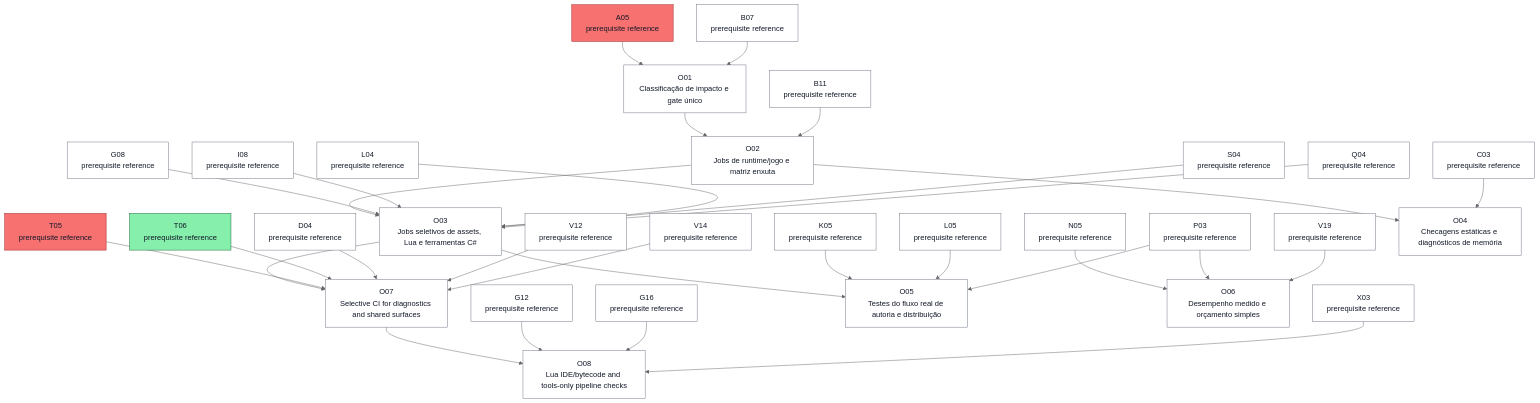
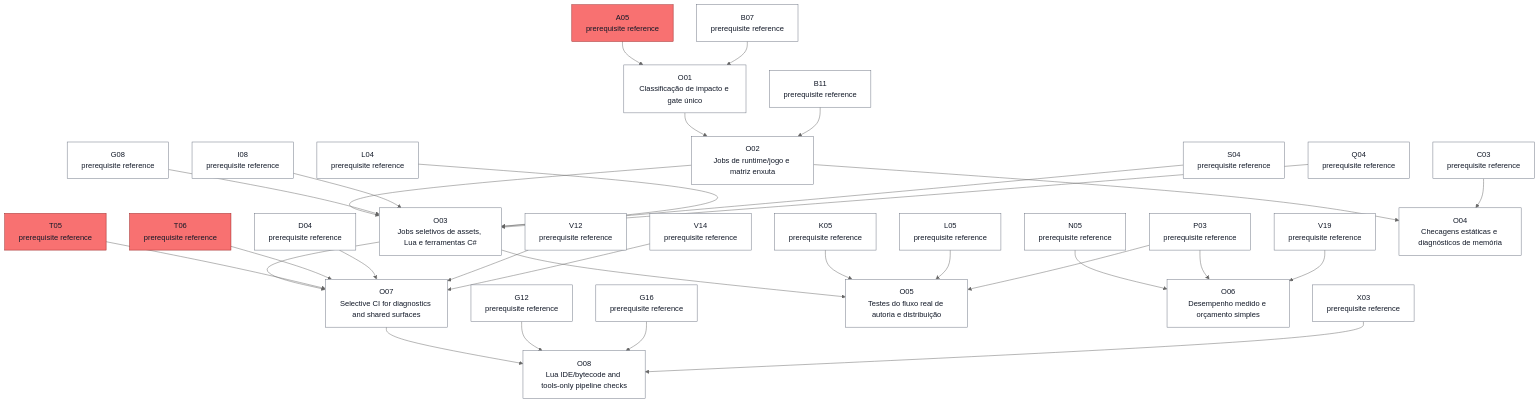
Diagram 16 of 25 in docs/task-dependencies.md (ocarizr/spaceraiders), drawn with Mermaid (neutral theme) before and after one commit. The commit also changed other lines of this file and 9 other files, not shown here.

````diff
--- a/docs/task-dependencies.md
+++ b/docs/task-dependencies.md
@@ -734,65 +736,65 @@
 ```mermaid
 flowchart TD
     ref_O_A05["A05<br/>prerequisite reference"]:::done
     ref_O_B07["B07<br/>prerequisite reference"]:::pending
     ref_O_B11["B11<br/>prerequisite reference"]:::pending
     ref_O_C03["C03<br/>prerequisite reference"]:::pending
     ref_O_D04["D04<br/>prerequisite reference"]:::pending
     ref_O_G08["G08<br/>prerequisite reference"]:::pending
     ref_O_G12["G12<br/>prerequisite reference"]:::pending
     ref_O_G16["G16<br/>prerequisite reference"]:::pending
     ref_O_I08["I08<br/>prerequisite reference"]:::pending
     ref_O_K05["K05<br/>prerequisite reference"]:::pending
     ref_O_L04["L04<br/>prerequisite reference"]:::pending
     ref_O_L05["L05<br/>prerequisite reference"]:::pending
     ref_O_N05["N05<br/>prerequisite reference"]:::pending
     ref_O_P03["P03<br/>prerequisite reference"]:::pending
     ref_O_Q04["Q04<br/>prerequisite reference"]:::pending
     ref_O_S04["S04<br/>prerequisite reference"]:::pending
     ref_O_T05["T05<br/>prerequisite reference"]:::done
-    ref_O_T06["T06<br/>prerequisite reference"]:::ready
+    ref_O_T06["T06<br/>prerequisite reference"]:::done
     ref_O_V12["V12<br/>prerequisite reference"]:::pending
     ref_O_V14["V14<br/>prerequisite reference"]:::pending
     ref_O_V19["V19<br/>prerequisite reference"]:::pending
     ref_O_X03["X03<br/>prerequisite reference"]:::pending
     O01["O01<br/>Classificação de impacto e gate único"]:::pending
     O02["O02<br/>Jobs de runtime/jogo e matriz enxuta"]:::pending
     O03["O03<br/>Jobs seletivos de assets, Lua e ferramentas C#"]:::pending
     O04["O04<br/>Checagens estáticas e diagnósticos de memória"]:::pending
     O05["O05<br/>Testes do fluxo real de autoria e distribuição"]:::pending
     O06["O06<br/>Desempenho medido e orçamento simples"]:::pending
     O07["O07<br/>Selective CI for diagnostics and shared surfaces"]:::pending
     O08["O08<br/>Lua IDE/bytecode and tools-only pipeline checks"]:::pending
     ref_O_A05 --> O01
     ref_O_B07 --> O01
     O01 --> O02
     ref_O_B11 --> O02
     O02 --> O03
     ref_O_G08 --> O03
     ref_O_I08 --> O03
     ref_O_L04 --> O03
     ref_O_S04 --> O03
     ref_O_Q04 --> O03
     O02 --> O04
     ref_O_C03 --> O04
     O03 --> O05
     ref_O_K05 --> O05
     ref_O_L05 --> O05
     ref_O_P03 --> O05
     ref_O_N05 --> O06
     ref_O_P03 --> O06
     ref_O_V19 --> O06
     O03 --> O07
     ref_O_T05 --> O07
     ref_O_T06 --> O07
     ref_O_D04 --> O07
     ref_O_V12 --> O07
     ref_O_V14 --> O07
     O07 --> O08
     ref_O_G12 --> O08
     ref_O_G16 --> O08
     ref_O_X03 --> O08
     classDef pending fill:#ffffff,stroke:#6b7280,color:#111827
     classDef ready fill:#86efac,stroke:#166534,color:#111827
     classDef done fill:#f87171,stroke:#991b1b,color:#111827
 ```
````
